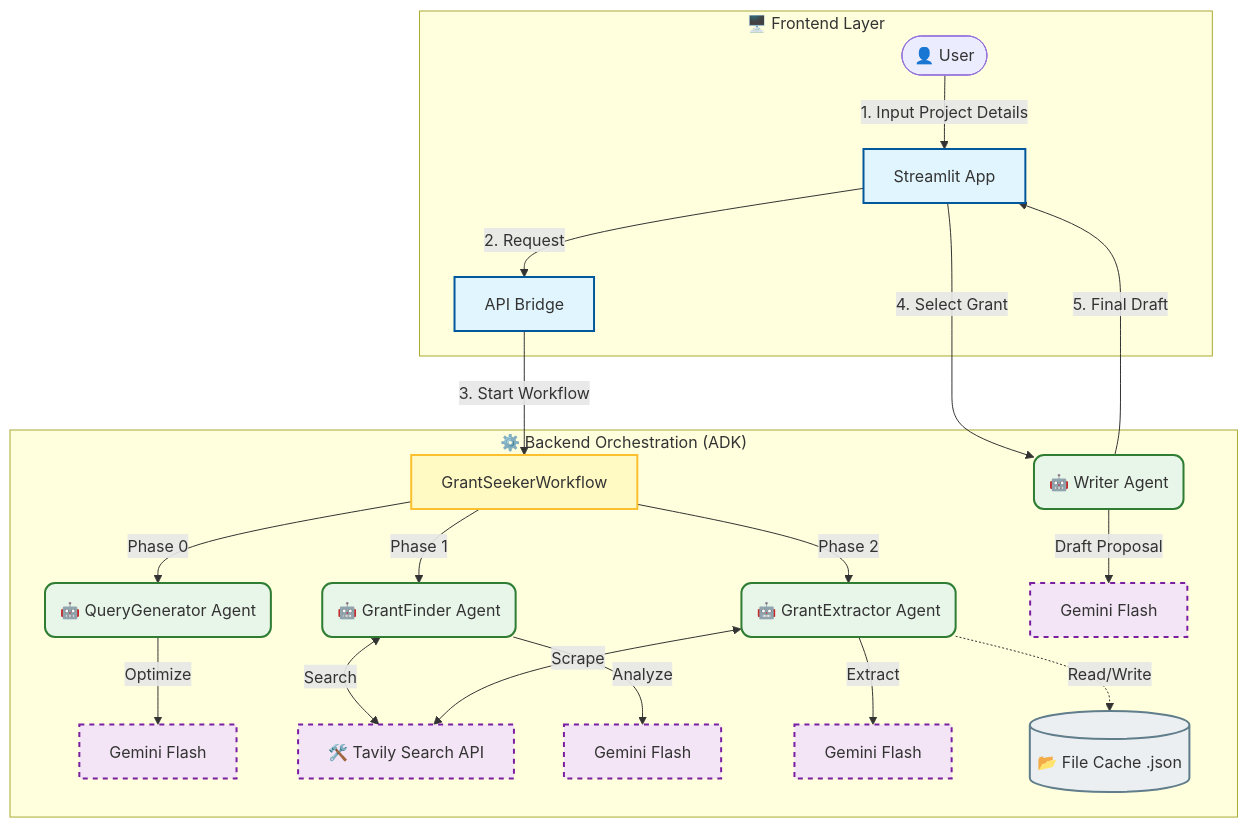
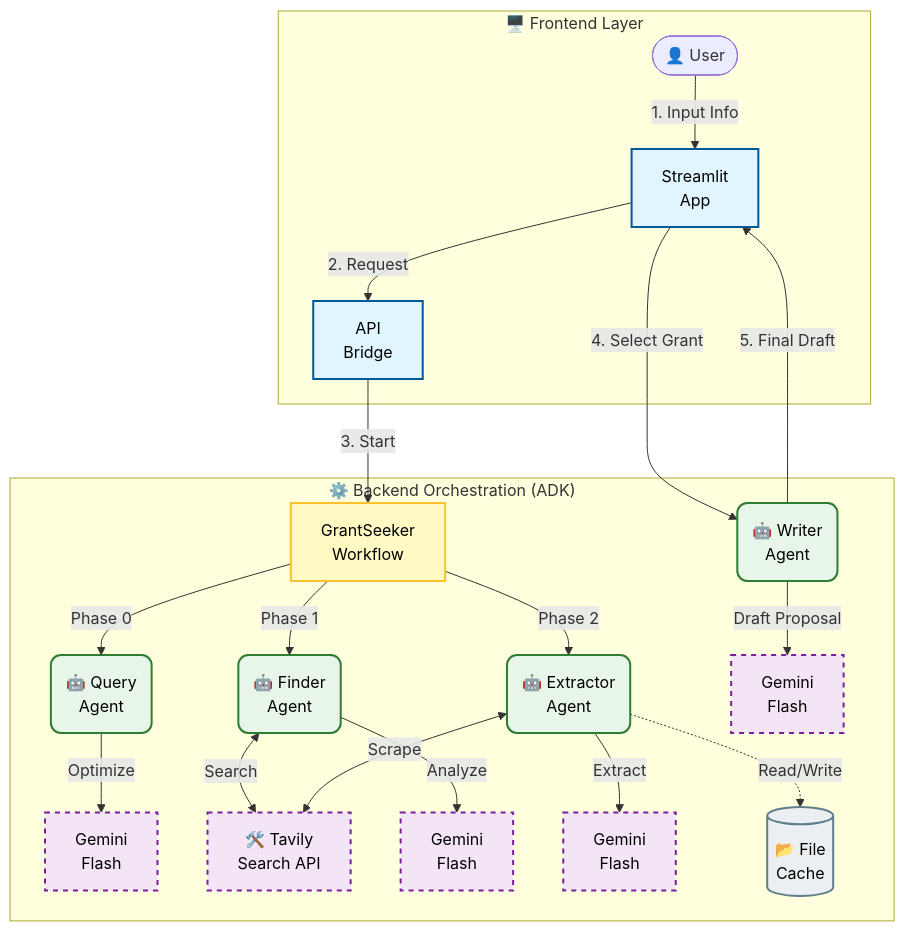
Before and after one commit to alanspace/Grant-Seeker-AI: the diagram in README.md, drawn with Mermaid. The commit also changed 25 other files, not shown here.

````diff
--- a/README.md
+++ b/README.md
@@ -146,48 +146,49 @@
 ```mermaid
 graph TD
     %% Styles
-    classDef frontend fill:#e1f5fe,stroke:#01579b,stroke-width:2px;
-    classDef orchestrator fill:#fff9c4,stroke:#fbc02d,stroke-width:2px;
-    classDef agent fill:#e8f5e9,stroke:#2e7d32,stroke-width:2px,rx:10,ry:10;
-    classDef tool fill:#f3e5f5,stroke:#7b1fa2,stroke-width:2px,stroke-dasharray: 5 5;
-    classDef storage fill:#eceff1,stroke:#607d8b,stroke-width:2px;
+    classDef frontend fill:#e1f5fe,stroke:#01579b,stroke-width:2px,color:black;
+    classDef orchestrator fill:#fff9c4,stroke:#fbc02d,stroke-width:2px,color:black;
+    classDef agent fill:#e8f5e9,stroke:#2e7d32,stroke-width:2px,rx:10,ry:10,color:black;
+    classDef tool fill:#f3e5f5,stroke:#7b1fa2,stroke-width:2px,stroke-dasharray: 5 5,color:black;
+    classDef storage fill:#eceff1,stroke:#607d8b,stroke-width:2px,color:black;
 
     subgraph Frontend ["🖥️ Frontend Layer"]
-        User([👤 User]) -->|1. Input Project Details| UI[Streamlit App]
-        UI -->|2. Request| API[API Bridge]
+        User([👤 User]) -->|1. Input Info| UI[Streamlit<br/>App]
+        UI -->|2. Request| API[API<br/>Bridge]
     end
 
     subgraph Backend ["⚙️ Backend Orchestration (ADK)"]
-        API -->|3. Start Workflow| Workflow[GrantSeekerWorkflow]
+        API -->|3. Start| Workflow[GrantSeeker<br/>Workflow]
         
         %% Phase 0
-        Workflow -->|Phase 0| QueryAgent(🤖 QueryGenerator Agent)
-        QueryAgent -->|Optimize| Gemini1[Gemini Flash]
+        Workflow -->|Phase 0| QueryAgent(🤖 Query<br/>Agent)
+        QueryAgent -->|Optimize| Gemini1[Gemini<br/>Flash]
         
         %% Phase 1
-        Workflow -->|Phase 1| FinderAgent(🤖 GrantFinder Agent)
-        FinderAgent <-->|Search| Tavily[🛠️ Tavily Search API]
-        FinderAgent -->|Analyze| Gemini2[Gemini Flash]
+        Workflow -->|Phase 1| FinderAgent(🤖 Finder<br/>Agent)
+        FinderAgent <-->|Search| Tavily[🛠️ Tavily<br/>Search API]
+        FinderAgent -->|Analyze| Gemini2[Gemini<br/>Flash]
         
         %% Phase 2
-        Workflow -->|Phase 2| ExtractorAgent(🤖 GrantExtractor Agent)
+        Workflow -->|Phase 2| ExtractorAgent(🤖 Extractor<br/>Agent)
         ExtractorAgent <-->|Scrape| Tavily
-        ExtractorAgent -->|Extract| Gemini3[Gemini Flash]
+        ExtractorAgent -->|Extract| Gemini3[Gemini<br/>Flash]
         
         %% Caching
-        ExtractorAgent -.->|Read/Write| Cache[(📂 File Cache .json)]
+        ExtractorAgent -.->|Read/Write| Cache[(📂 File<br/>Cache)]
         
         %% Phase 3
-        UI -->|4. Select Grant| WriterAgent(🤖 Writer Agent)
-        WriterAgent -->|Draft Proposal| Gemini4[Gemini Flash]
+        UI -->|4. Select Grant| WriterAgent(🤖 Writer<br/>Agent)
+        WriterAgent -->|Draft Proposal| Gemini4[Gemini<br/>Flash]
     end
+
     %% Output
     WriterAgent -->|5. Final Draft| UI
 
     %% Apply Styles
     class UI,API frontend;
     class Workflow orchestrator;
     class QueryAgent,FinderAgent,ExtractorAgent,WriterAgent agent;
     class Tavily,Gemini1,Gemini2,Gemini3,Gemini4 tool;
     class Cache storage;
-  ```  
+```
````
